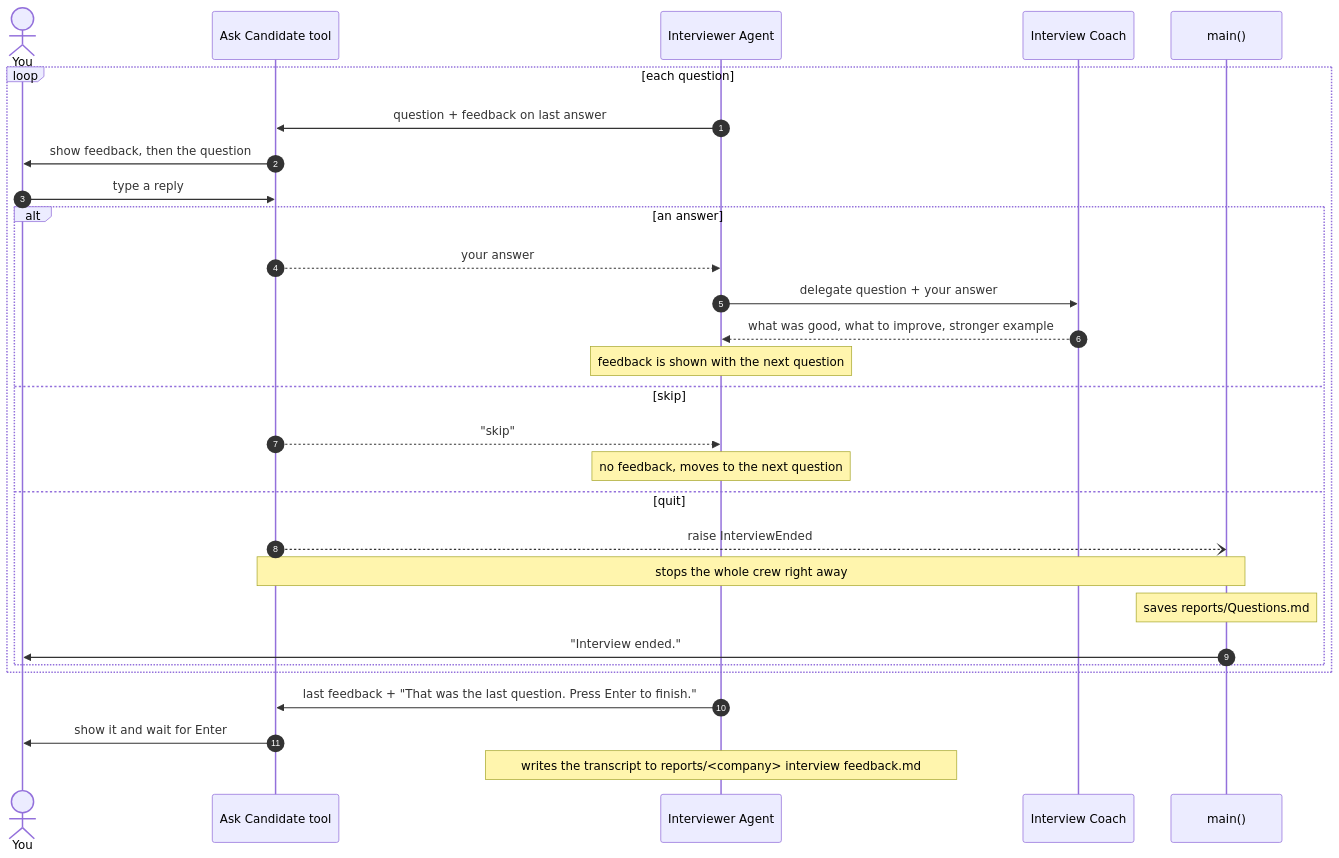
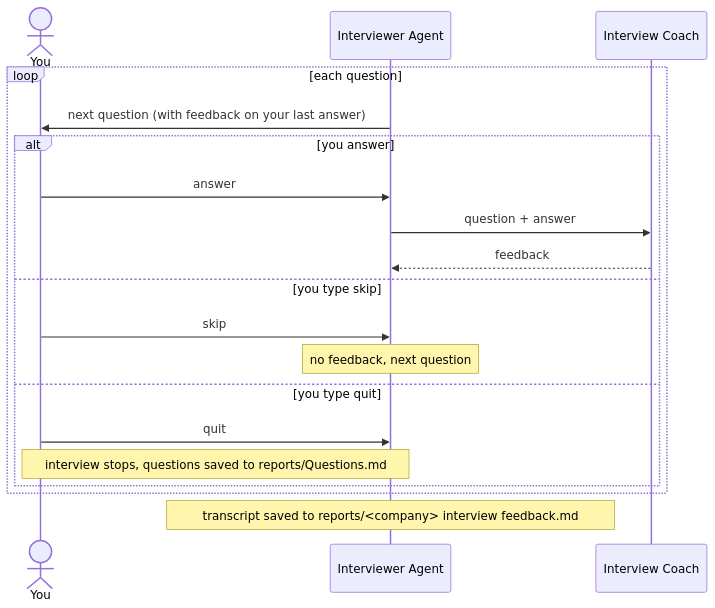
Before and after one commit to Wach-E/interview-prepper: the second of 2 diagrams in README.md, drawn with Mermaid. The commit also changed other lines of this file, not shown here.

````diff
--- a/README.md
+++ b/README.md
@@ -44,34 +42,22 @@
 ```mermaid
 sequenceDiagram
-    autonumber
     actor You
-    participant T as Ask Candidate tool
     participant I as Interviewer Agent
     participant C as Interview Coach
-    participant M as main()
 
     loop each question
-        I->>T: question + feedback on last answer
-        T->>You: show feedback, then the question
-        You->>T: type a reply
-
-        alt an answer
-            T-->>I: your answer
-            I->>C: delegate question + your answer
-            C-->>I: what was good, what to improve, stronger example
-            Note over I: feedback is shown with the next question
-        else skip
-            T-->>I: "skip"
-            Note over I: no feedback, moves to the next question
-        else quit
-            T--)M: raise InterviewEnded
-            Note over T,M: stops the whole crew right away
-            Note over M: saves reports/Questions.md
-            M->>You: "Interview ended."
+        I->>You: next question (with feedback on your last answer)
+        alt you answer
+            You->>I: answer
+            I->>C: question + answer
+            C-->>I: feedback
+        else you type skip
+            You->>I: skip
+            Note over I: no feedback, next question
+        else you type quit
+            You->>I: quit
+            Note over You,I: interview stops, questions saved to reports/Questions.md
         end
     end
-
-    I->>T: last feedback + "That was the last question. Press Enter to finish."
-    T->>You: show it and wait for Enter
-    Note over I: writes the transcript to reports/#lt;company#gt; interview feedback.md
+    Note over I: transcript saved to reports/#lt;company#gt; interview feedback.md
 ```
````
